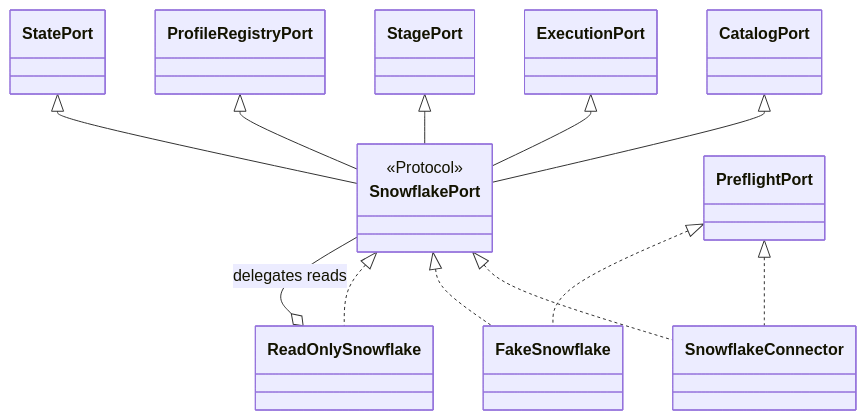
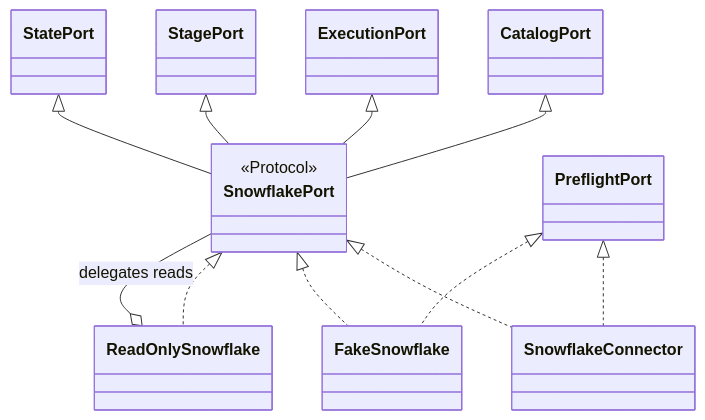
The second of 8 diagrams in docs/design/architecture.md (WhoopInc/snowflake-semantic-tools), drawn with Mermaid before and after one commit. The commit also changed other lines of this file and 283 other files, not shown here.

First line of the commit message:
feat!: publish Cortex Code agent profiles in place of the CoCo Desktop profile registry

````diff
--- a/docs/design/architecture.md
+++ b/docs/design/architecture.md
@@ -97,17 +97,16 @@
 ```mermaid
 classDiagram
     class SnowflakePort {
         <<Protocol>>
     }
     CatalogPort <|-- SnowflakePort
     ExecutionPort <|-- SnowflakePort
     StagePort <|-- SnowflakePort
-    ProfileRegistryPort <|-- SnowflakePort
     StatePort <|-- SnowflakePort
     SnowflakePort <|.. SnowflakeConnector
     SnowflakePort <|.. FakeSnowflake
     SnowflakePort <|.. ReadOnlySnowflake
     PreflightPort <|.. SnowflakeConnector
     PreflightPort <|.. FakeSnowflake
     ReadOnlySnowflake o-- SnowflakePort : delegates reads
 ```
````
